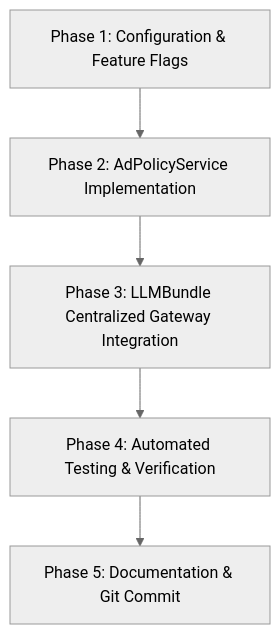
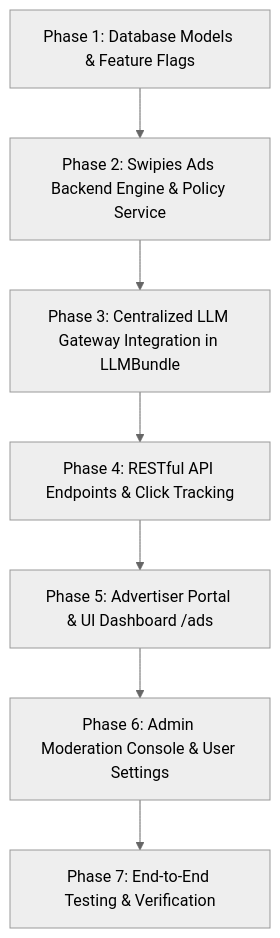
One commit to Sardorr555/swipies__ai_ changed the diagram in specs/002-subscription-ad-prompt-management/plan.md. Above: the diagram before and after it, drawn with Mermaid (neutral theme). The commit also changed other lines of this file and 1 other file, not shown here.

Commit message:
docs(spec & plan): expand Swipies Ads global advertising network blueprint and multi-phase implementation roadmap

````diff
--- a/specs/002-subscription-ad-prompt-management/plan.md
+++ b/specs/002-subscription-ad-prompt-management/plan.md
@@ -36,7 +43,9 @@
 ```mermaid
 graph TD
-    P1[Phase 1: Configuration & Feature Flags] --> P2[Phase 2: AdPolicyService Implementation]
-    P2 --> P3[Phase 3: LLMBundle Centralized Gateway Integration]
-    P3 --> P4[Phase 4: Automated Testing & Verification]
-    P4 --> P5[Phase 5: Documentation & Git Commit]
+    Phase1[Phase 1: Database Models & Feature Flags] --> Phase2[Phase 2: Swipies Ads Backend Engine & Policy Service]
+    Phase2 --> Phase3[Phase 3: Centralized LLM Gateway Integration in LLMBundle]
+    Phase3 --> Phase4[Phase 4: RESTful API Endpoints & Click Tracking]
+    Phase4 --> Phase5[Phase 5: Advertiser Portal & UI Dashboard /ads]
+    Phase5 --> Phase6[Phase 6: Admin Moderation Console & User Settings]
+    Phase6 --> Phase7[Phase 7: End-to-End Testing & Verification]
 ```
````
